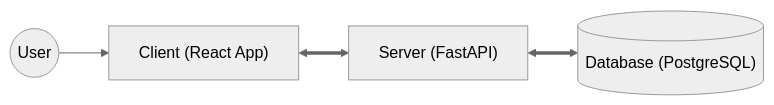
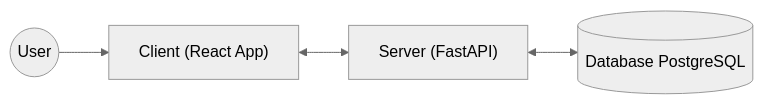
Before and after one commit to aidilsaputrakirsan-classroom/cc-kelompok-a-extraordinary: the first of 7 diagrams in README.md, drawn with Mermaid (neutral theme). The commit also changed other lines of this file and 1 other file, not shown here.

````diff
--- a/README.md
+++ b/README.md
@@ -187,6 +187,6 @@
 ```mermaid
 graph LR
     User((User)) --> Frontend["Client (React App)"]
-    Frontend <==> API["Server (FastAPI)"]
-    API <==> DB[("Database (PostgreSQL)")]
+    Frontend <--> API["Server (FastAPI)"]
+    API <--> DB[(Database PostgreSQL)]
 ```
````
